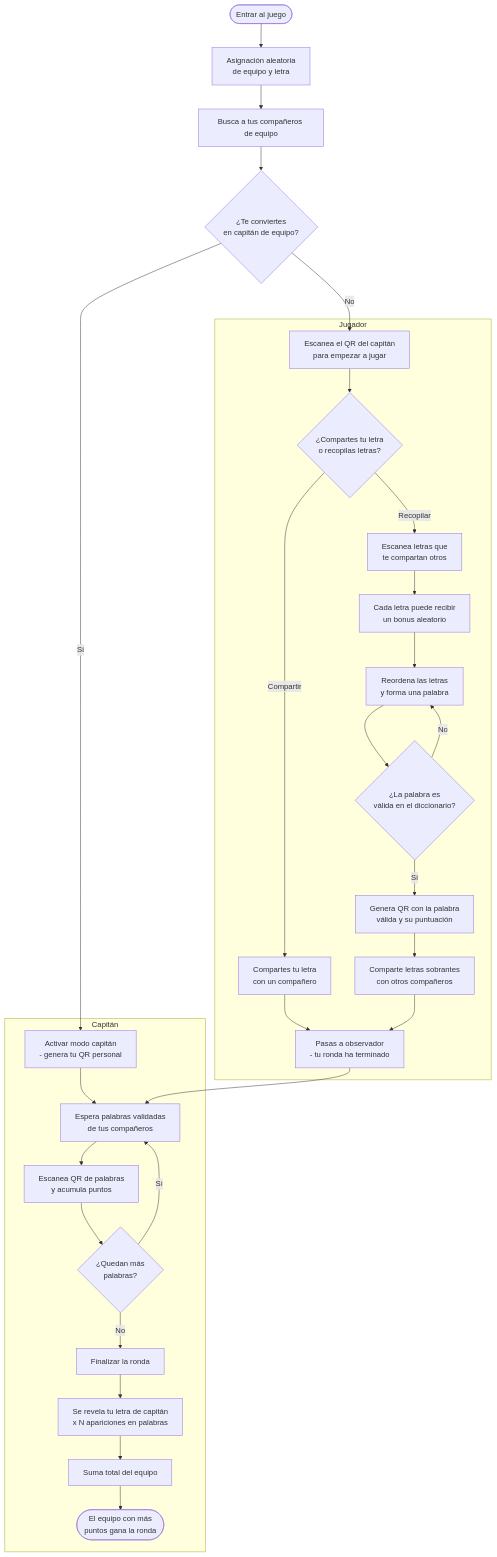
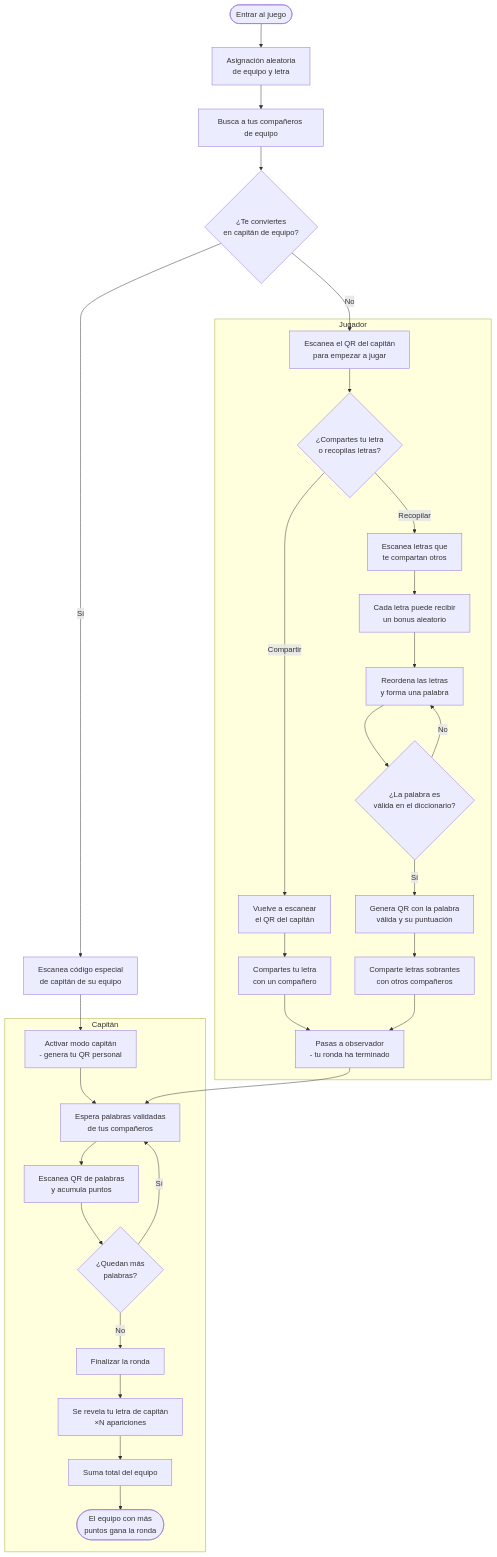
The diagram in README.md (juanjmerono/skratica), drawn with Mermaid before and after one commit. The commit also changed other lines of this file, not shown here.

````diff
--- a/README.md
+++ b/README.md
@@ -57,36 +60,38 @@
 ```mermaid
 flowchart TD
     START([Entrar al juego]) --> ASSIGN[Asignación aleatoria<br>de equipo y letra]
     ASSIGN --> SEARCH[Busca a tus compañeros de equipo]
     SEARCH --> CAPTAIN_DECISION{¿Te conviertes<br>en capitán de equipo?}
 
-    CAPTAIN_DECISION -->|Sí| BECOME_CAPTAIN[Activar modo capitán<br>- genera tu QR personal]
+    CAPTAIN_DECISION -->|Sí| SCAN_CAPTAIN_KEY[Escanea código especial<br>de capitán de su equipo]
+    SCAN_CAPTAIN_KEY --> BECOME_CAPTAIN[Activar modo capitán<br>- genera tu QR personal]
     CAPTAIN_DECISION -->|No| SCAN_CAPTAIN[Escanea el QR del capitán<br>para empezar a jugar]
 
     subgraph Capitán
         BECOME_CAPTAIN --> WAIT[Espera palabras validadas<br>de tus compañeros]
         WAIT --> SCAN_WORD[Escanea QR de palabras<br>y acumula puntos]
         SCAN_WORD --> MORE{¿Quedan más<br>palabras?}
         MORE -->|Sí| WAIT
         MORE -->|No| FINISH[Finalizar la ronda]
-        FINISH --> REVEAL[Se revela tu letra de capitán<br>x N apariciones en palabras]
+        FINISH --> REVEAL[Se revela tu letra de capitán<br>×N apariciones]
         REVEAL --> TOTAL[Suma total del equipo]
         TOTAL --> WIN([El equipo con más<br>puntos gana la ronda])
     end
 
     subgraph Jugador
         SCAN_CAPTAIN --> DECIDE{¿Compartes tu letra<br>o recopilas letras?}
-        DECIDE -->|Compartir| SHARE[Compartes tu letra<br>con un compañero]
+        DECIDE -->|Compartir| RESCAN_CAPTAIN[Vuelve a escanear<br>el QR del capitán]
+        RESCAN_CAPTAIN --> SHARE[Compartes tu letra<br>con un compañero]
         SHARE --> OBSERVER[Pasas a observador<br>- tu ronda ha terminado]
         DECIDE -->|Recopilar| COLLECT[Escanea letras que<br>te compartan otros]
         COLLECT --> BONUS[Cada letra puede recibir<br>un bonus aleatorio]
         BONUS --> REORDER[Reordena las letras<br>y forma una palabra]
         REORDER --> VALIDATE{¿La palabra es<br>válida en el diccionario?}
         VALIDATE -->|No| REORDER
         VALIDATE -->|Sí| DELIVER[Genera QR con la palabra<br>válida y su puntuación]
         DELIVER --> SURPLUS[Comparte letras sobrantes<br>con otros compañeros]
         SURPLUS --> OBSERVER
     end
 
     OBSERVER --> WAIT
 ```
````
